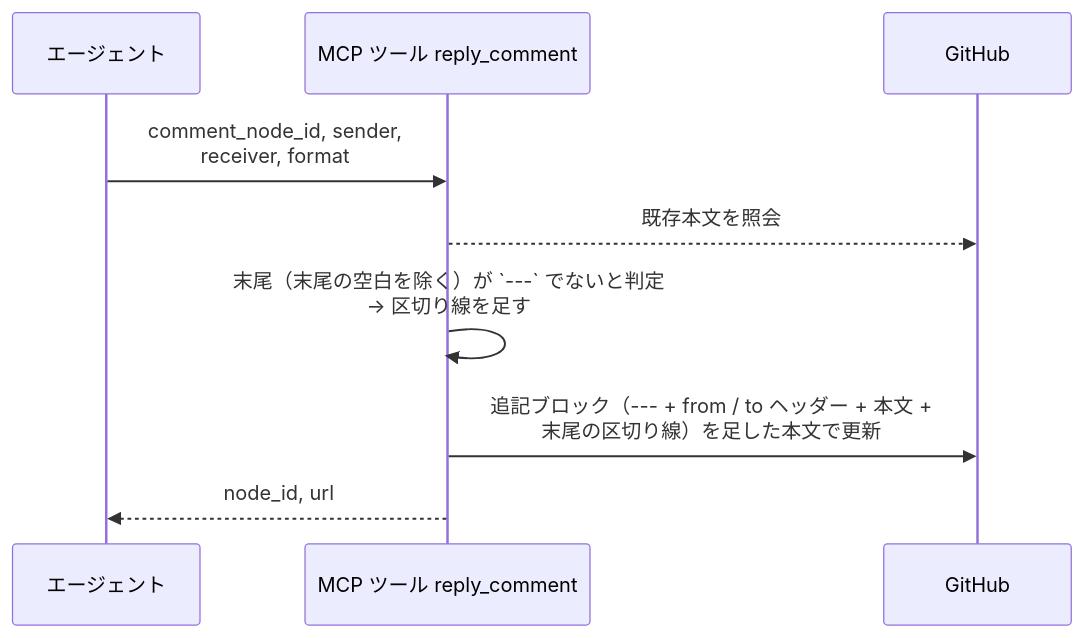
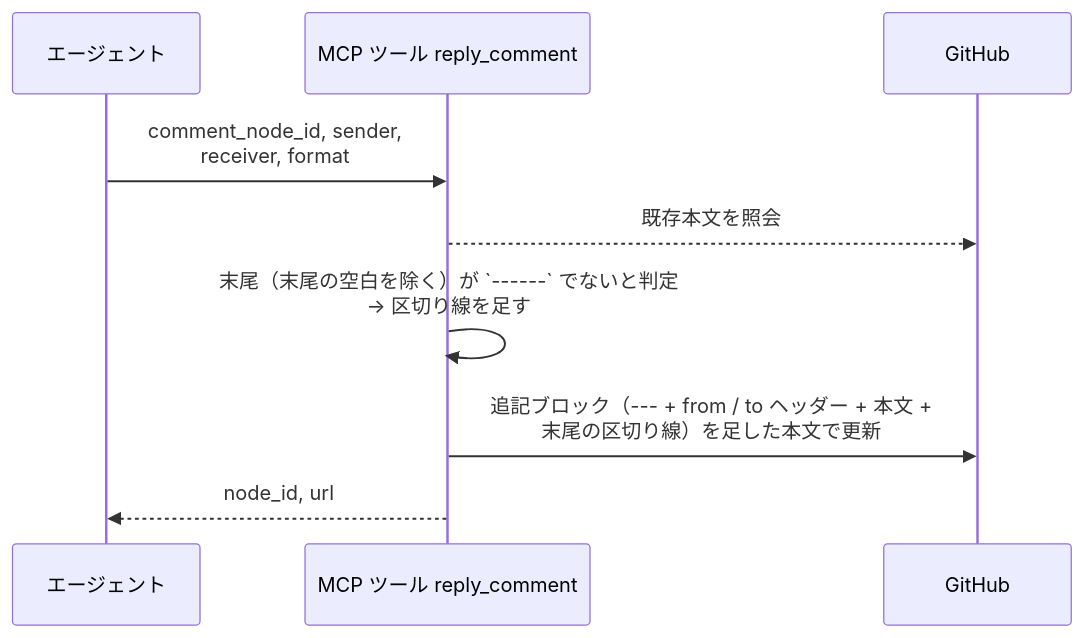
Before and after one commit to shuhei1101/ai-monitor: the second of 5 diagrams in docs/wiki/設計図/インターフェース定義/バックエンド/コメント返信.py.md, drawn with Mermaid. The commit also changed other lines of this file and 45 other files, not shown here.

````diff
--- a/docs/wiki/設計図/インターフェース定義/バックエンド/コメント返信.py.md
+++ b/docs/wiki/設計図/インターフェース定義/バックエンド/コメント返信.py.md
@@ -132,12 +132,12 @@
 ```mermaid
 sequenceDiagram
   participant A as エージェント
   participant T as MCP ツール reply_comment
   participant GH as GitHub
 
   A->>T: comment_node_id, sender,<br>receiver, format
   T-->>GH: 既存本文を照会
-  T->>T: 末尾（末尾の空白を除く）が `---` でないと判定<br>→ 区切り線を足す
+  T->>T: 末尾（末尾の空白を除く）が `------` でないと判定<br>→ 区切り線を足す
   T->>GH: 追記ブロック（--- + from / to ヘッダー + 本文 +<br>末尾の区切り線）を足した本文で更新
   T-->>A: node_id, url
 ```
````
